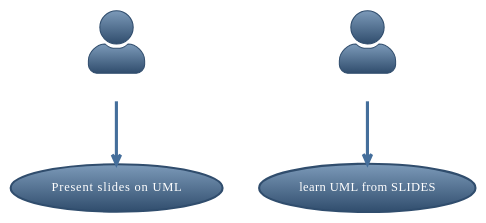
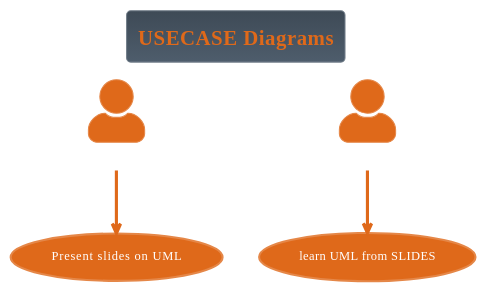
Before and after one commit to erikatudisco/programming_formalism: the first of 2 diagrams in notes_paradigms.md, drawn with PlantUML. The commit also changed other lines of this file, not shown here.

````diff
--- a/notes_paradigms.md
+++ b/notes_paradigms.md
@@ -30,8 +32,9 @@
 ```plantuml
 @startuml
-!theme spacelab
+!theme superhero
+title:"USECASE Diagrams"
 skinparam actorStyle awesome
 Lecturer -d->(Present slides on UML)
 Participant-d->(learn UML from SLIDES)
 @enduml
 ```
````
